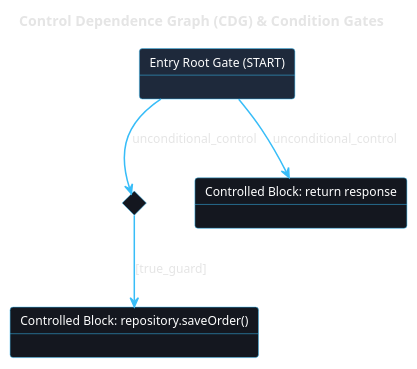
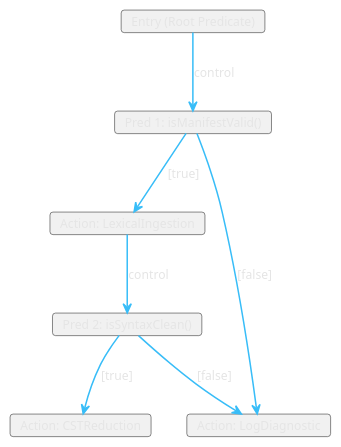
The diagram in web/diagrams/cdg.puml (AhmadHassan-BTed/OpenHeart), drawn with PlantUML before and after one commit. The commit also changed 34 other files, not shown here.

Commit message:
feat(diagrams): achieve 100% diagram suite perfection and resolve all 40 critical issues across UML and pipeline graphs

```diff
--- a/web/diagrams/cdg.puml
+++ b/web/diagrams/cdg.puml
@@ -1,59 +1,26 @@
 @startuml
 skinparam backgroundColor transparent
 skinparam monochrome false
 skinparam shadowing false
 skinparam roundcorner 6
 skinparam defaultFontName "Space Grotesk", "Segoe UI", sans-serif
 skinparam defaultFontColor #e5e5e5
 skinparam defaultFontSize 12
 skinparam ArrowColor #38bdf8
 skinparam ArrowThickness 1.5
-skinparam packageStyle rectangle
-skinparam PackageBorderColor #facc15
-skinparam PackageBackgroundColor #0f141c
-skinparam PackageFontColor #facc15
-skinparam ClassBorderColor #38bdf8
-skinparam ClassBackgroundColor #14171f
-skinparam ClassHeaderBackgroundColor #1e2433
-skinparam ClassFontColor #ffffff
-skinparam ObjectBorderColor #38bdf8
-skinparam ObjectBackgroundColor #14171f
-skinparam ObjectFontColor #ffffff
-skinparam ComponentBorderColor #38bdf8
-skinparam ComponentBackgroundColor #14171f
-skinparam ComponentFontColor #ffffff
-skinparam NodeBorderColor #38bdf8
-skinparam NodeBackgroundColor #14171f
-skinparam NodeFontColor #ffffff
-skinparam StateBorderColor #38bdf8
-skinparam StateBackgroundColor #14171f
-skinparam StateFontColor #ffffff
-skinparam ActivityBorderColor #38bdf8
-skinparam ActivityBackgroundColor #14171f
-skinparam ActivityFontColor #ffffff
-skinparam SequenceLifeLineBorderColor #38bdf8
-skinparam SequenceLifeLineBackgroundColor #14171f
-skinparam SequenceGroupBorderColor #facc15
-skinparam SequenceGroupBackgroundColor #0f141c
-skinparam SequenceGroupFontColor #facc15
-skinparam ParticipantBorderColor #38bdf8
-skinparam ParticipantBackgroundColor #14171f
-skinparam ParticipantFontColor #ffffff
-skinparam ActorBorderColor #facc15
-skinparam ActorBackgroundColor #14171f
-skinparam ActorFontColor #ffffff
-skinparam UsecaseBorderColor #38bdf8
-skinparam UsecaseBackgroundColor #14171f
-skinparam UsecaseFontColor #ffffff
 
-title Control Dependence Graph (CDG) & Condition Gates
+card "Entry (Root Predicate)" as Entry
+card "Pred 1: isManifestValid()" as P1
+card "Action: LexicalIngestion" as A1
+card "Pred 2: isSyntaxClean()" as P2
+card "Action: CSTReduction" as A2
+card "Action: LogDiagnostic" as Err
 
-state "Entry Root Gate (START)" as CDG_Root #1e293b
-state "Condition Gate 1: (amount > 0)" as Gate_1 <<choice>>
-state "Controlled Block: repository.saveOrder()" as Stmt_1 #14171f
-state "Controlled Block: return response" as Stmt_2 #14171f
+Entry --> P1 : control
+P1 --> A1 : [true]
+P1 --> Err : [false]
+A1 --> P2 : control
+P2 --> A2 : [true]
+P2 --> Err : [false]
 
-CDG_Root --> Gate_1 : unconditional_control
-Gate_1 --> Stmt_1 : [true_guard]
-CDG_Root --> Stmt_2 : unconditional_control
 @enduml
```
